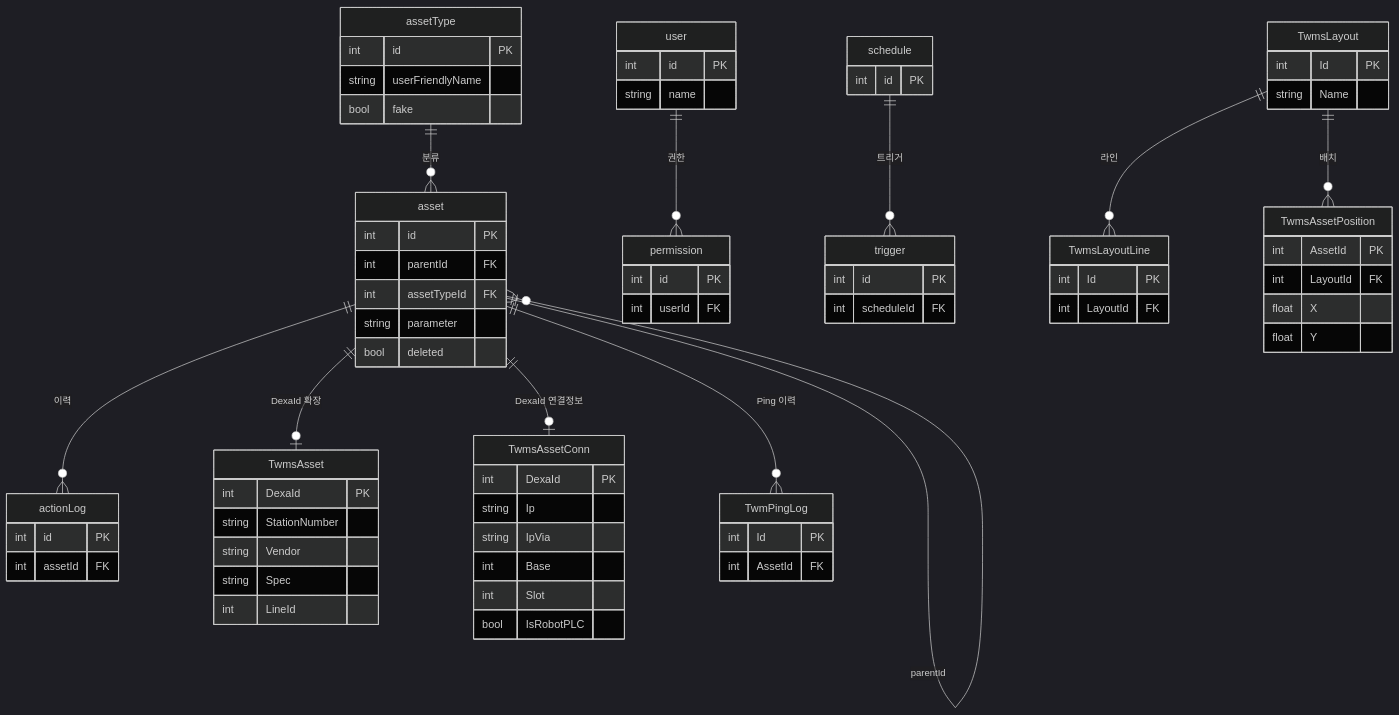
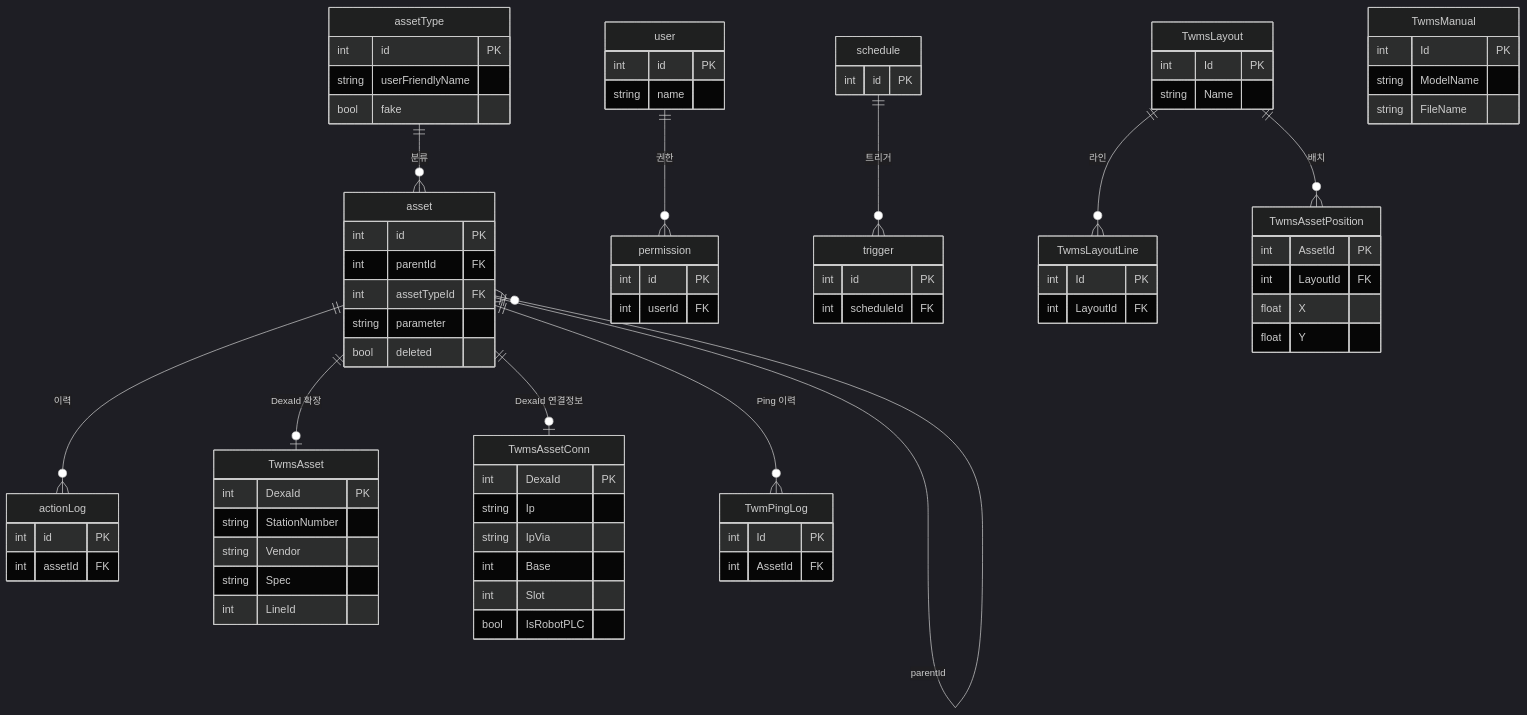
The third of 3 diagrams in README.md (DualsoftDev/twms2), drawn with Mermaid (dark theme) before and after one commit. The commit also changed other lines of this file, not shown here.

```diff
--- a/README.md
+++ b/README.md
@@ -242,6 +250,11 @@
         float X
         float Y
     }
+    TwmsManual {
+        int Id PK
+        string ModelName
+        string FileName
+    }
     TwmPingLog {
         int Id PK
         int AssetId FK
```
